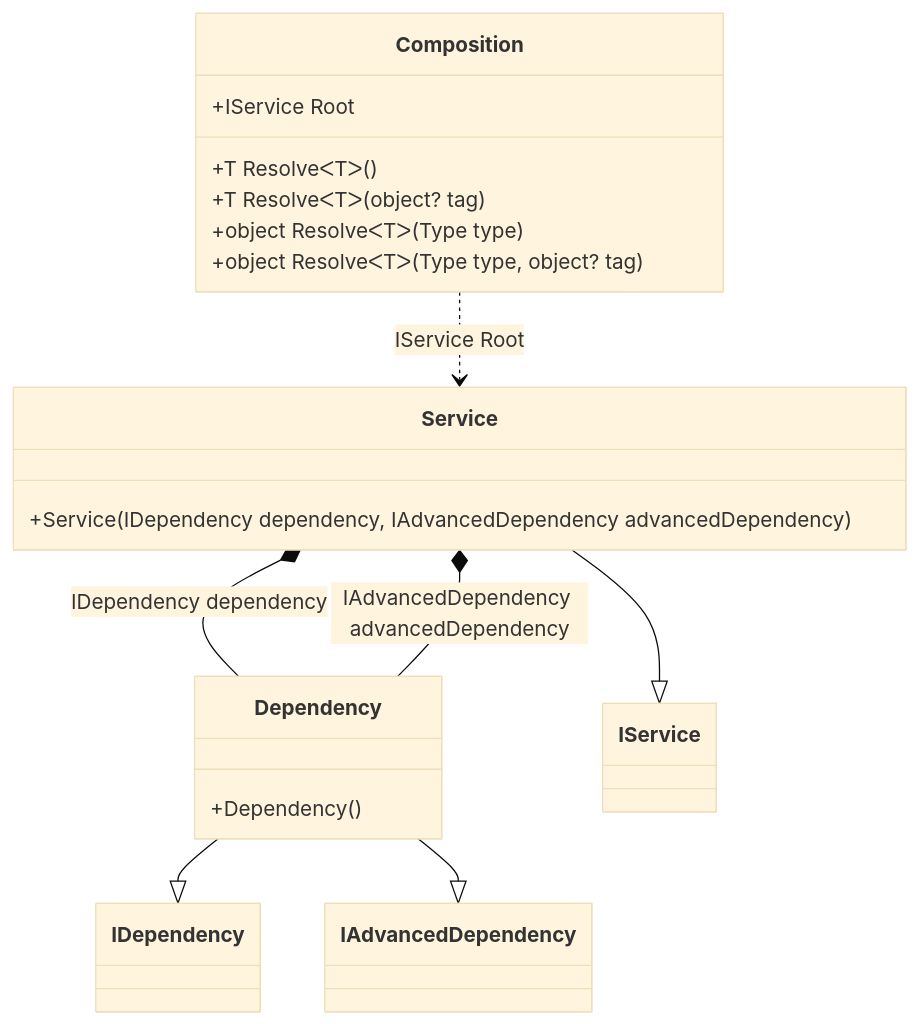
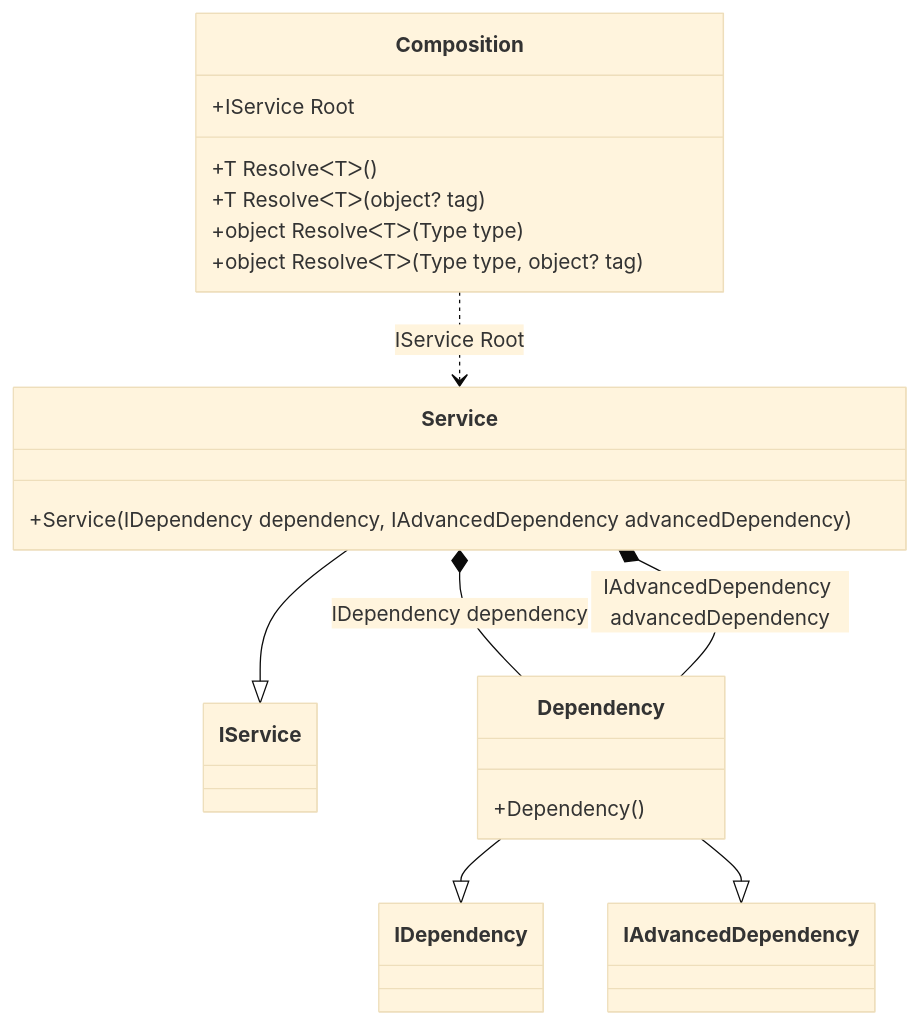
The tenth of 35 diagrams in readme/Examples.md (DevTeam/Pure.DI), drawn with Mermaid (base theme) before and after one commit. The commit also changed other lines of this file and 28 other files, not shown here.

````diff
--- a/readme/Examples.md
+++ b/readme/Examples.md
@@ -708,22 +696,22 @@
 ```mermaid
 classDiagram
 class Composition {
 +IService Root
 +T ResolveᐸTᐳ()
 +T ResolveᐸTᐳ(object? tag)
 +object ResolveᐸTᐳ(Type type)
 +object ResolveᐸTᐳ(Type type, object? tag)
 }
+Service --|> IService : 
+class Service {
++Service(IDependency dependency, IAdvancedDependency advancedDependency)
+}
 Dependency --|> IDependency : 
 Dependency --|> IAdvancedDependency : 
 class Dependency {
 +Dependency()
 }
-Service --|> IService : 
-class Service {
-+Service(IDependency dependency, IAdvancedDependency advancedDependency)
-}
-Composition ..> Service : IService Root
 Service *--  Dependency : IDependency dependency
 Service *--  Dependency : IAdvancedDependency advancedDependency
+Composition ..> Service : IService Root
 ```
````
